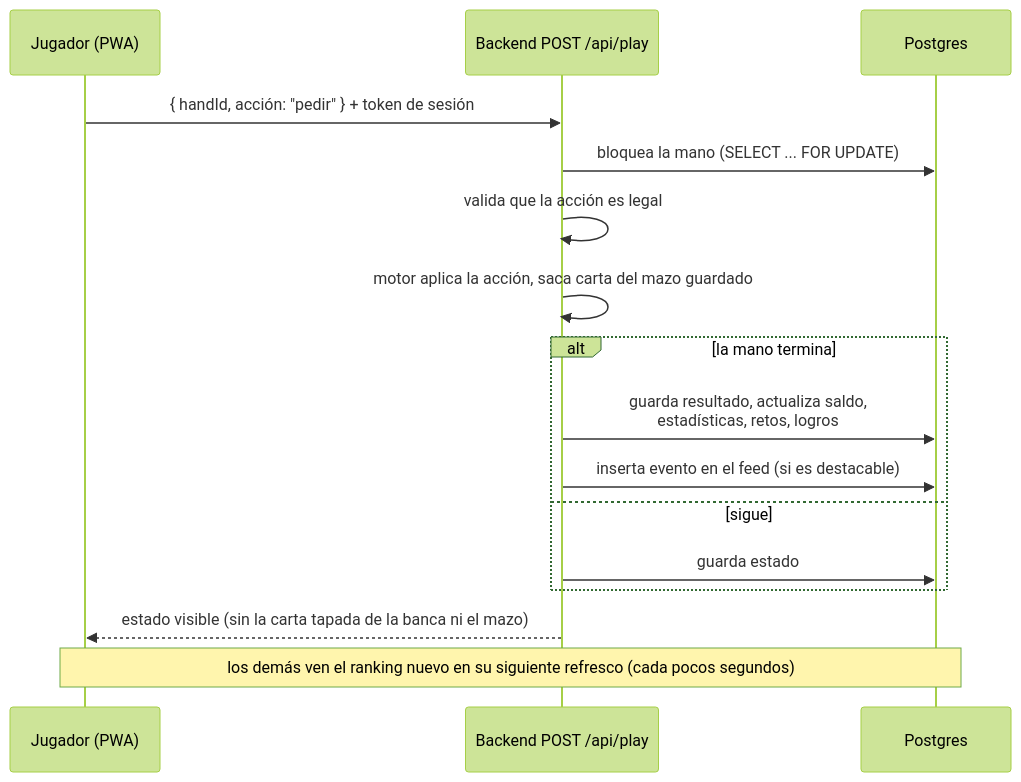
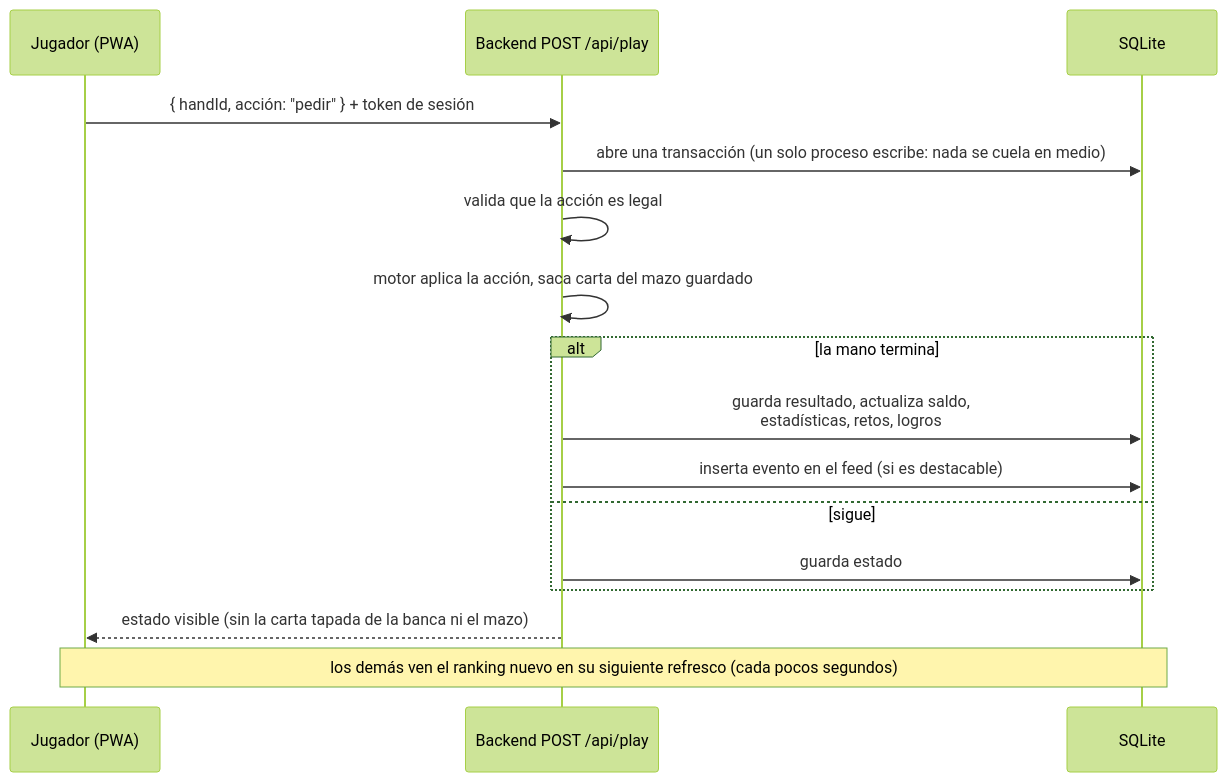
The third of 7 diagrams in docs/DISENO.md (Ronambulo/BlackjackWithFriends), drawn with Mermaid (forest theme) before and after one commit. The commit also changed other lines of this file and 1 other file, not shown here.

````diff
--- a/docs/DISENO.md
+++ b/docs/DISENO.md
@@ -167,19 +158,19 @@
 ```mermaid
 sequenceDiagram
   participant J as Jugador (PWA)
   participant F as Backend POST /api/play
-  participant DB as Postgres
+  participant DB as SQLite
 
   J->>F: { handId, acción: "pedir" } + token de sesión
-  F->>DB: bloquea la mano (SELECT ... FOR UPDATE)
+  F->>DB: abre una transacción (un solo proceso escribe: nada se cuela en medio)
   F->>F: valida que la acción es legal
   F->>F: motor aplica la acción, saca carta del mazo guardado
   alt la mano termina
     F->>DB: guarda resultado, actualiza saldo,<br/>estadísticas, retos, logros
     F->>DB: inserta evento en el feed (si es destacable)
   else sigue
     F->>DB: guarda estado
   end
   F-->>J: estado visible (sin la carta tapada de la banca ni el mazo)
   Note over J,DB: los demás ven el ranking nuevo en su siguiente refresco (cada pocos segundos)
 ```
````
